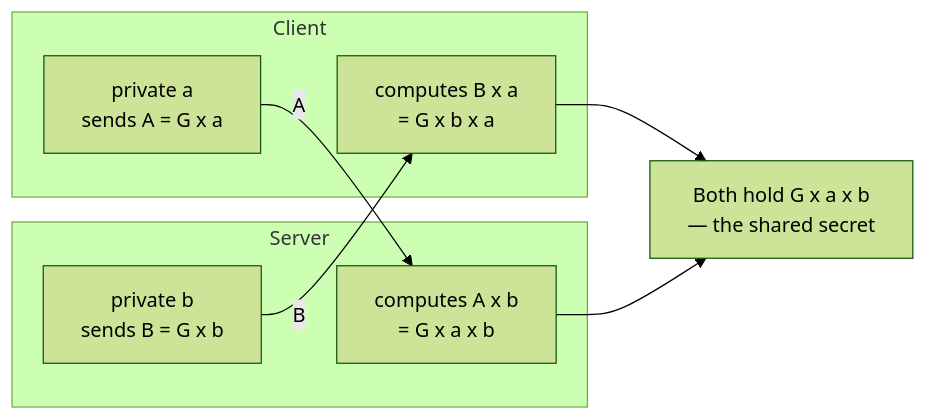
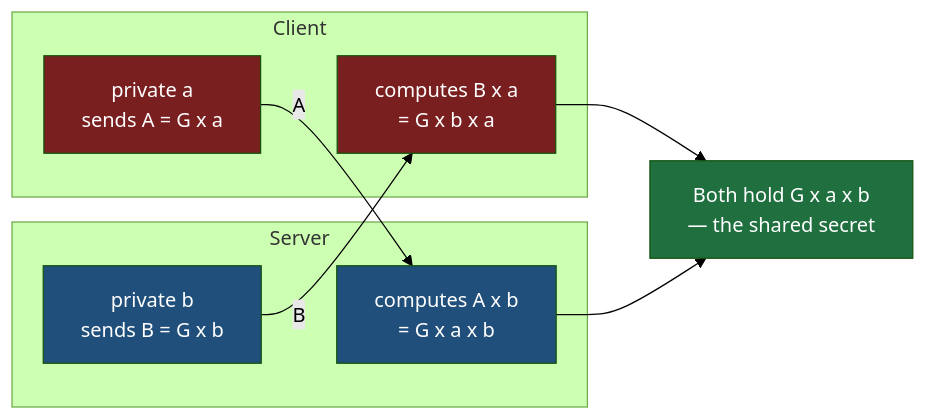
One commit to Dummy-Bug/system-design-handbook changed the second of 3 diagrams in Devops/04-Networking/12-Diffie-Hellman-Key-Exchange.md. Above: the diagram before and after it, drawn with Mermaid (forest theme). The commit also changed other lines of this file and 53 other files, not shown here.

````diff
--- a/Devops/04-Networking/12-Diffie-Hellman-Key-Exchange.md
+++ b/Devops/04-Networking/12-Diffie-Hellman-Key-Exchange.md
@@ -66,15 +72,20 @@
 ```mermaid
 flowchart LR
     subgraph CL["Client"]
         CA["private a<br/>sends A = G x a"]
         CC["computes B x a<br/>= G x b x a"]
     end
     subgraph SV["Server"]
         SB["private b<br/>sends B = G x b"]
         SC["computes A x b<br/>= G x a x b"]
     end
     CA -->|"A"| SC
     SB -->|"B"| CC
     CC --> SHARED["Both hold G x a x b<br/>— the shared secret"]
     SC --> SHARED
+    style CA fill:#7a1f1f,color:#fff
+    style CC fill:#7a1f1f,color:#fff
+    style SB fill:#1f4f7a,color:#fff
+    style SC fill:#1f4f7a,color:#fff
+    style SHARED fill:#1f6f3f,color:#fff
 ```
````
